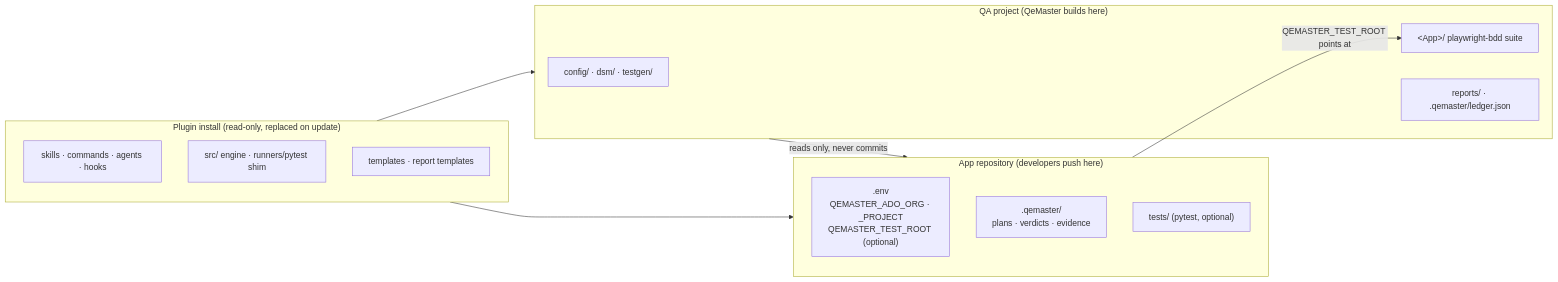
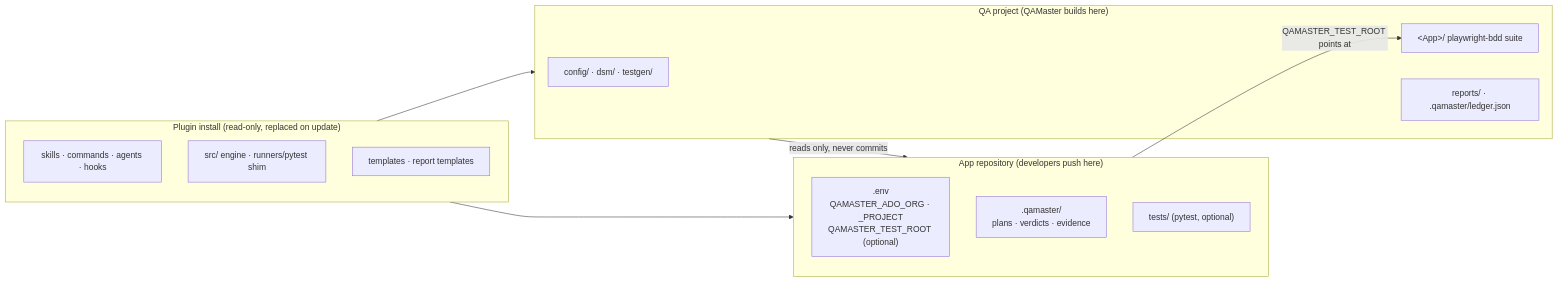
Before and after one commit to Galent-engineering/QAMaster: the third of 5 diagrams in docs/architecture.md, drawn with Mermaid. The commit also changed other lines of this file and 19 other files, not shown here.

First line of the commit message:
Rename the project from QeMaster to QAMaster

````diff
--- a/docs/architecture.md
+++ b/docs/architecture.md
@@ -160,23 +160,23 @@
 ```mermaid
 flowchart LR
     subgraph DEV["App repository (developers push here)"]
-        D1[".env<br/>QEMASTER_ADO_ORG · _PROJECT<br/>QEMASTER_TEST_ROOT (optional)"]
-        D2[".qemaster/<br/>plans · verdicts · evidence"]
+        D1[".env<br/>QAMASTER_ADO_ORG · _PROJECT<br/>QAMASTER_TEST_ROOT (optional)"]
+        D2[".qamaster/<br/>plans · verdicts · evidence"]
         D3["tests/ (pytest, optional)"]
     end
-    subgraph QA["QA project (QeMaster builds here)"]
+    subgraph QA["QA project (QAMaster builds here)"]
         Q1["config/ · dsm/ · testgen/"]
         Q2["&lt;App&gt;/ playwright-bdd suite"]
-        Q3["reports/ · .qemaster/ledger.json"]
+        Q3["reports/ · .qamaster/ledger.json"]
     end
     subgraph PLG["Plugin install (read-only, replaced on update)"]
         P1["skills · commands · agents · hooks"]
         P2["src/ engine · runners/pytest shim"]
         P3["templates · report templates"]
     end
 
     QA -->|"reads only, never commits"| DEV
-    DEV -->|"QEMASTER_TEST_ROOT points at"| Q2
+    DEV -->|"QAMASTER_TEST_ROOT points at"| Q2
     PLG --> QA
     PLG --> DEV
 ```
````
